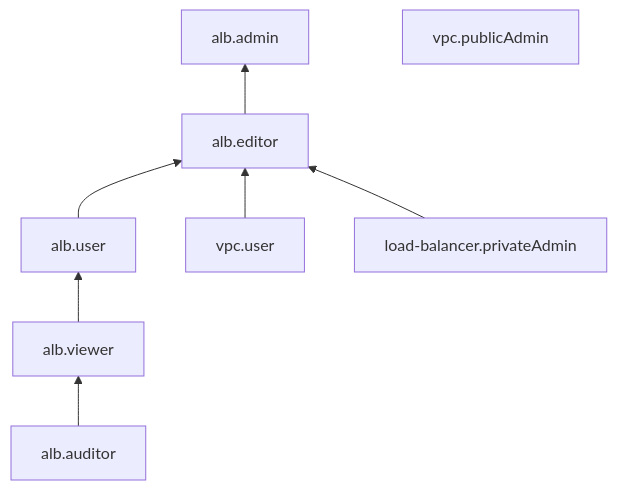
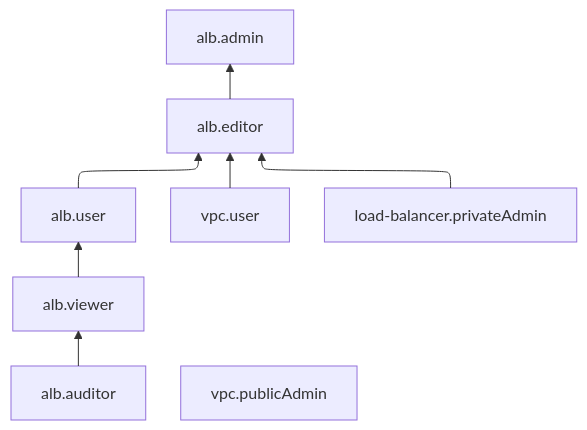
Before and after one commit to yandex-cloud/docs: the diagram in en/_mermaid/roles/application-load-balancer.md, drawn with Mermaid. The commit also changed 2668 other files, not shown here.

````diff
--- a/en/_mermaid/roles/application-load-balancer.md
+++ b/en/_mermaid/roles/application-load-balancer.md
@@ -1,10 +1,11 @@
 ```mermaid
+%%{init: {"flowchart": {'defaultRenderer': 'elk'}} }%%
 flowchart BT
-    load-balancer.privateAdmin ~~~~ vpc.publicAdmin
     alb.auditor --> alb.viewer
     alb.viewer --> alb.user
     alb.user --> alb.editor
     vpc.user --> alb.editor
     load-balancer.privateAdmin --> alb.editor
     alb.editor --> alb.admin
+    vpc.publicAdmin
 ```
````
